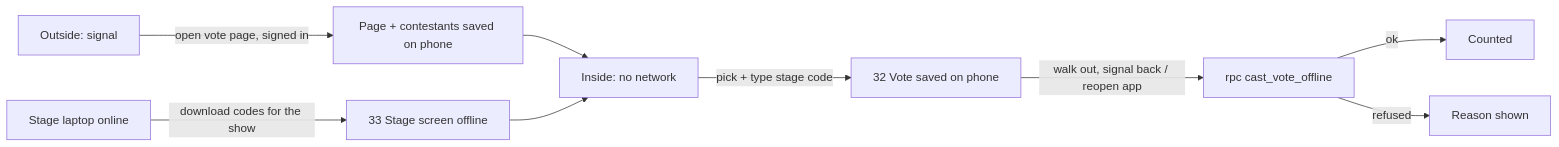
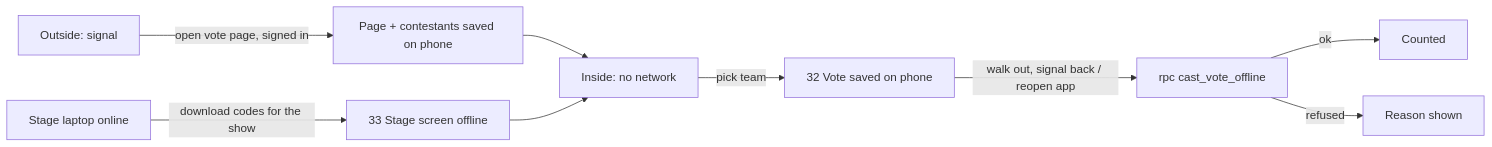
The fifth of 8 diagrams in APP_FLOW.md (vinayakbhat19/signals), drawn with Mermaid before and after one commit. The commit also changed other lines of this file and 93 other files, not shown here.

````diff
--- a/APP_FLOW.md
+++ b/APP_FLOW.md
@@ -127,11 +127,11 @@
 ```mermaid
 flowchart LR
   OUT[Outside: signal] -->|open vote page, signed in| SAVE[Page + contestants saved on phone]
   LAP[Stage laptop online] -->|download codes for the show| SO[33 Stage screen offline]
   SAVE --> IN[Inside: no network]
   SO --> IN
-  IN -->|pick + type stage code| Q[32 Vote saved on phone]
+  IN -->|pick team| Q[32 Vote saved on phone]
   Q -->|walk out, signal back / reopen app| SYNC[rpc cast_vote_offline]
   SYNC -->|ok| C[Counted]
   SYNC -->|refused| R[Reason shown]
 ```
````
